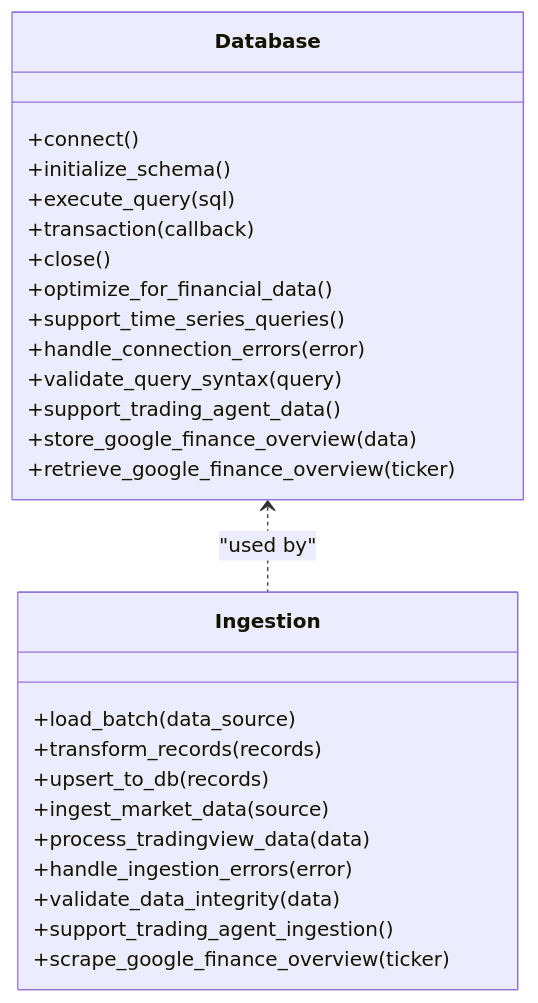
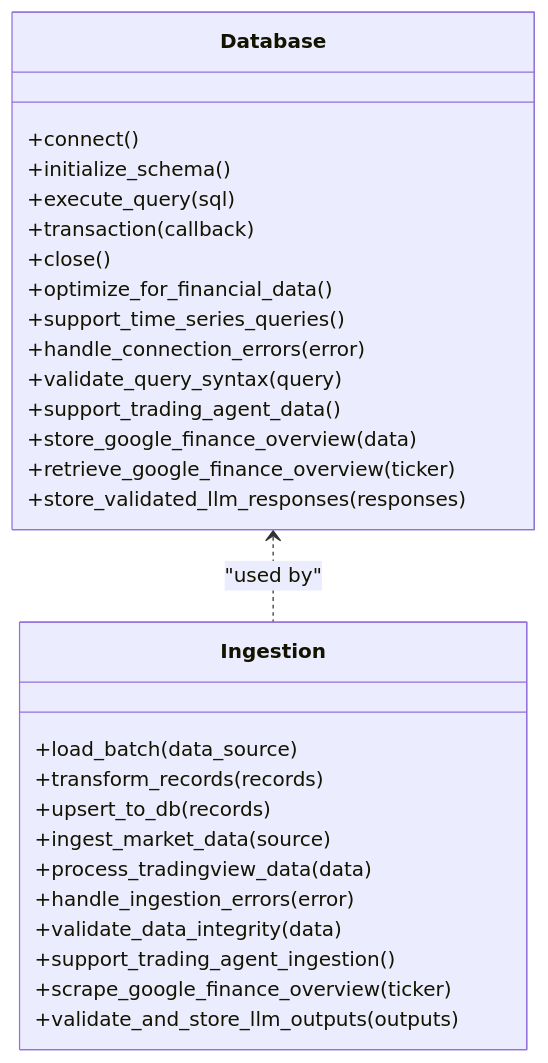
The eighth of 13 diagrams in .qoder/repowiki/en/content/Core Components/Analysis Framework.md (ZengSeng/telegram-bot), drawn with Mermaid before and after one commit. The commit also changed other lines of this file and 15 other files, not shown here.

````diff
--- a/.qoder/repowiki/en/content/Core Components/Analysis Framework.md
+++ b/.qoder/repowiki/en/content/Core Components/Analysis Framework.md
@@ -411,29 +434,31 @@
 ```mermaid
 classDiagram
 class Database {
 +connect()
 +initialize_schema()
 +execute_query(sql)
 +transaction(callback)
 +close()
 +optimize_for_financial_data()
 +support_time_series_queries()
 +handle_connection_errors(error)
 +validate_query_syntax(query)
 +support_trading_agent_data()
 +store_google_finance_overview(data)
 +retrieve_google_finance_overview(ticker)
++store_validated_llm_responses(responses)
 }
 class Ingestion {
 +load_batch(data_source)
 +transform_records(records)
 +upsert_to_db(records)
 +ingest_market_data(source)
 +process_tradingview_data(data)
 +handle_ingestion_errors(error)
 +validate_data_integrity(data)
 +support_trading_agent_ingestion()
 +scrape_google_finance_overview(ticker)
++validate_and_store_llm_outputs(outputs)
 }
 Database <.. Ingestion : "used by"
 ```
````
